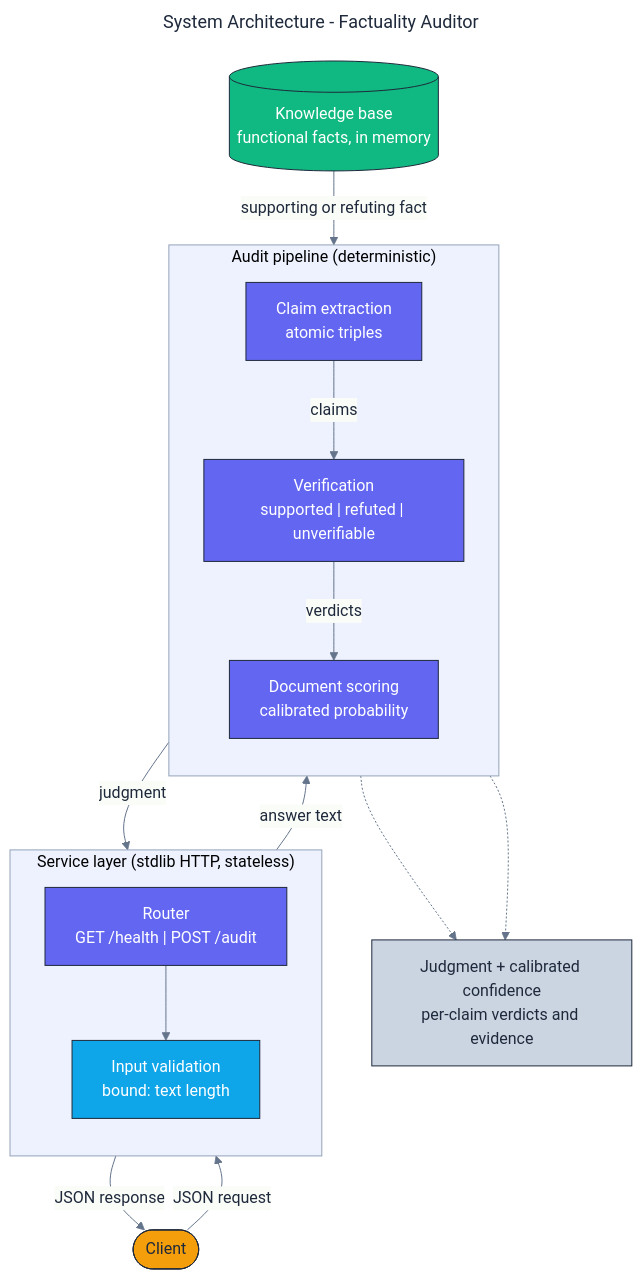
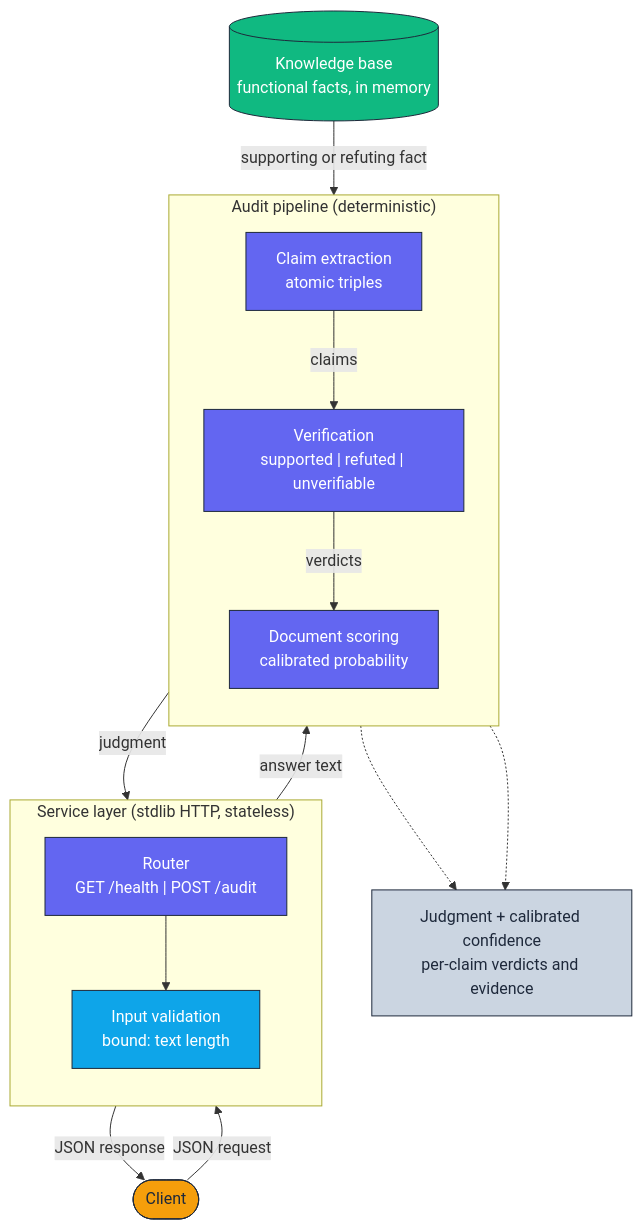
One commit to adeoluo/factuality-auditor changed the diagram in docs/architecture/architecture.mmd. Above: the diagram before and after it, drawn with Mermaid. The commit also changed 7 other files, not shown here.

```diff
--- a/docs/architecture/architecture.mmd
+++ b/docs/architecture/architecture.mmd
@@ -1,46 +1,33 @@
----
-title: System Architecture - Factuality Auditor
-config:
-  theme: base
-  themeVariables:
-    fontFamily: "Inter, system-ui, sans-serif"
-    primaryColor: "#F8FAFC"
-    primaryBorderColor: "#1E293B"
-    primaryTextColor: "#1E293B"
-    lineColor: "#64748B"
-    clusterBkg: "#EEF2FF"
-    clusterBorder: "#94A3B8"
----
-flowchart TB
+flowchart TD
     classDef edge     fill:#F59E0B,stroke:#1E293B,color:#1E293B,stroke-width:1px;
     classDef core     fill:#6366F1,stroke:#1E293B,color:#ffffff,stroke-width:1px;
     classDef data     fill:#10B981,stroke:#1E293B,color:#ffffff,stroke-width:1px;
     classDef control  fill:#0EA5E9,stroke:#1E293B,color:#ffffff,stroke-width:1px;
     classDef obs      fill:#CBD5E1,stroke:#1E293B,color:#1E293B,stroke-width:1px;
 
     Client([Client]):::edge
 
     subgraph Edge["Service layer (stdlib HTTP, stateless)"]
         direction TB
         Router["Router<br/>GET /health | POST /audit"]:::core
         Validate["Input validation<br/>bound: text length"]:::control
     end
 
     subgraph Pipeline["Audit pipeline (deterministic)"]
         direction TB
         Extract["Claim extraction<br/>atomic triples"]:::core
         Verify["Verification<br/>supported | refuted | unverifiable"]:::core
         Score["Document scoring<br/>calibrated probability"]:::core
     end
 
     KB[(Knowledge base<br/>functional facts, in memory)]:::data
     Judgment["Judgment + calibrated confidence<br/>per-claim verdicts and evidence"]:::obs
 
     Client -->|JSON request| Router --> Validate
     Validate -->|answer text| Extract
     Extract -->|claims| Verify
     KB -->|supporting or refuting fact| Verify
     Verify -->|verdicts| Score
     Score -->|judgment| Router -->|JSON response| Client
     Score -.-> Judgment
     Verify -.-> Judgment
```
